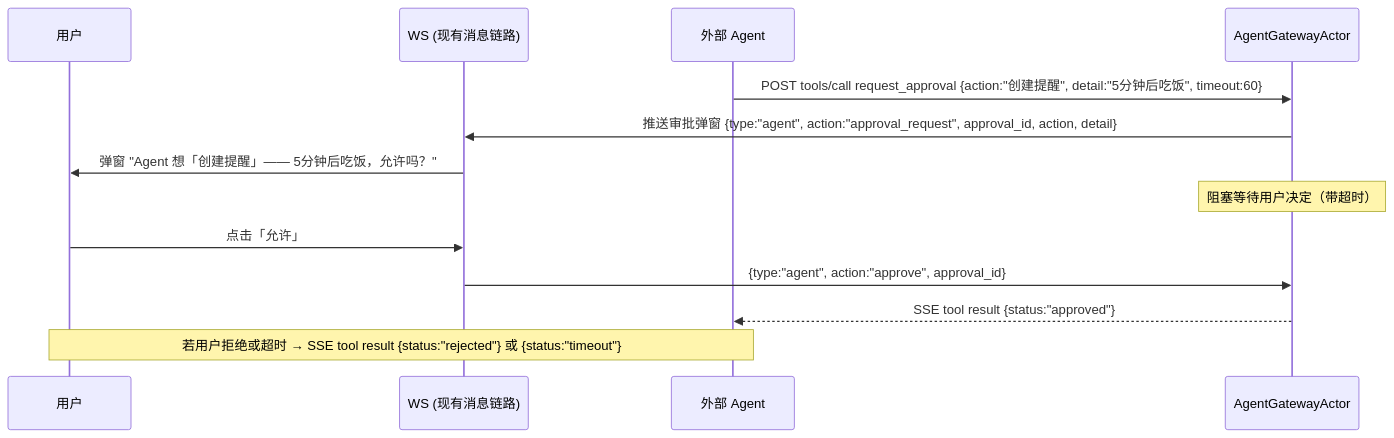
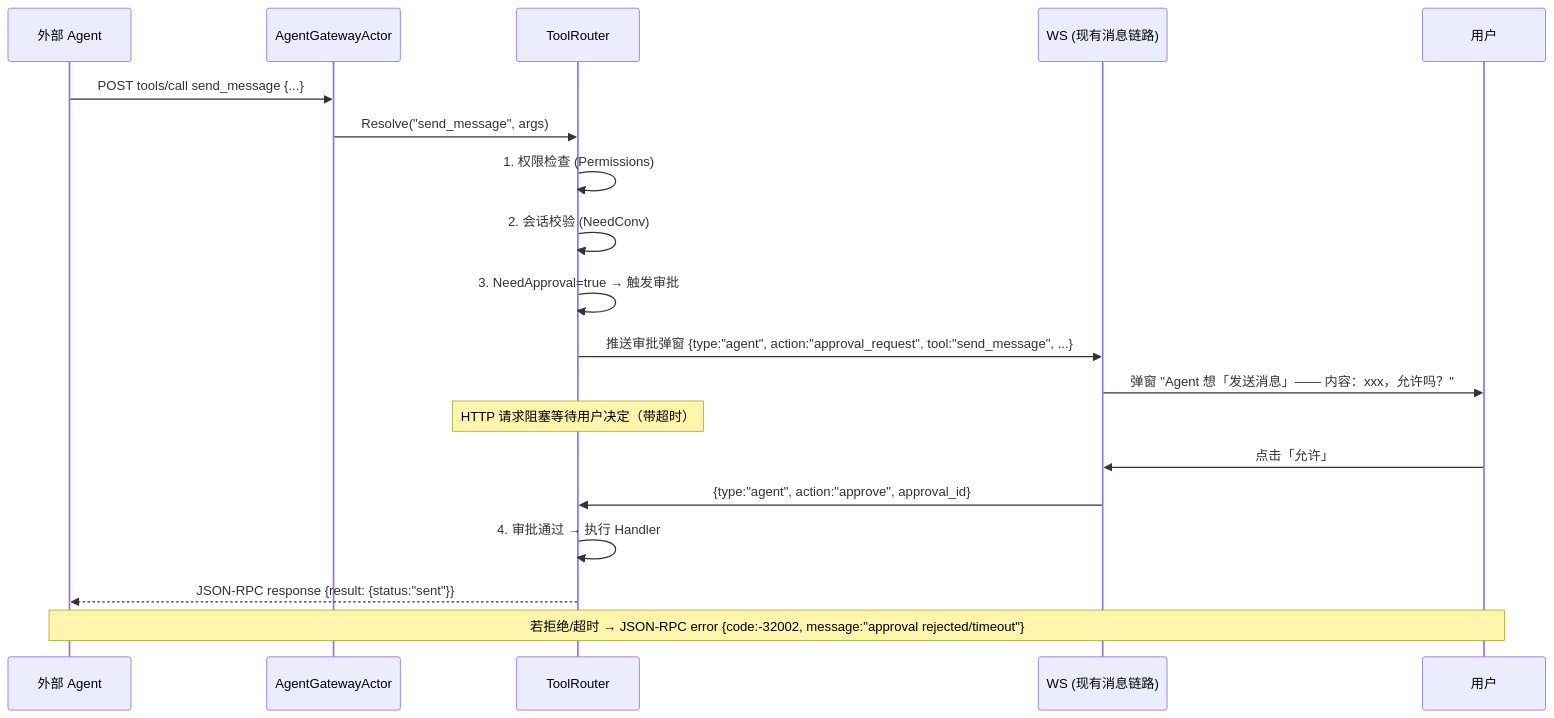
Before and after one commit to qiuwji/qim: the fourth of 4 diagrams in tech-design/backend/04-Agent Bot.md, drawn with Mermaid. The commit also changed other lines of this file and 35 other files, not shown here.

````diff
--- a/tech-design/backend/04-Agent Bot.md
+++ b/tech-design/backend/04-Agent Bot.md
@@ -165,16 +169,22 @@
 ```mermaid
 sequenceDiagram
-    participant User as 用户
-    participant WS as WS (现有消息链路)
     participant Agent as 外部 Agent
     participant GW as AgentGatewayActor
+    participant Router as ToolRouter
+    participant WS as WS (现有消息链路)
+    participant User as 用户
 
-    Agent->>GW: POST tools/call request_approval {action:"创建提醒", detail:"5分钟后吃饭", timeout:60}
-    GW->>WS: 推送审批弹窗 {type:"agent", action:"approval_request", approval_id, action, detail}
-    WS->>User: 弹窗 "Agent 想「创建提醒」—— 5分钟后吃饭，允许吗？"
-    Note over GW: 阻塞等待用户决定（带超时）
+    Agent->>GW: POST tools/call send_message {...}
+    GW->>Router: Resolve("send_message", args)
+    Router->>Router: 1. 权限检查 (Permissions)
+    Router->>Router: 2. 会话校验 (NeedConv)
+    Router->>Router: 3. NeedApproval=true → 触发审批
+    Router->>WS: 推送审批弹窗 {type:"agent", action:"approval_request", tool:"send_message", ...}
+    WS->>User: 弹窗 "Agent 想「发送消息」—— 内容：xxx，允许吗？"
+    Note over Router: HTTP 请求阻塞等待用户决定（带超时）
     User->>WS: 点击「允许」
-    WS->>GW: {type:"agent", action:"approve", approval_id}
-    GW-->>Agent: SSE tool result {status:"approved"}
-    Note over User,Agent: 若用户拒绝或超时 → SSE tool result {status:"rejected"} 或 {status:"timeout"}
+    WS->>Router: {type:"agent", action:"approve", approval_id}
+    Router->>Router: 4. 审批通过 → 执行 Handler
+    Router-->>Agent: JSON-RPC response {result: {status:"sent"}}
+    Note over User,Agent: 若拒绝/超时 → JSON-RPC error {code:-32002, message:"approval rejected/timeout"}
 ```
````
